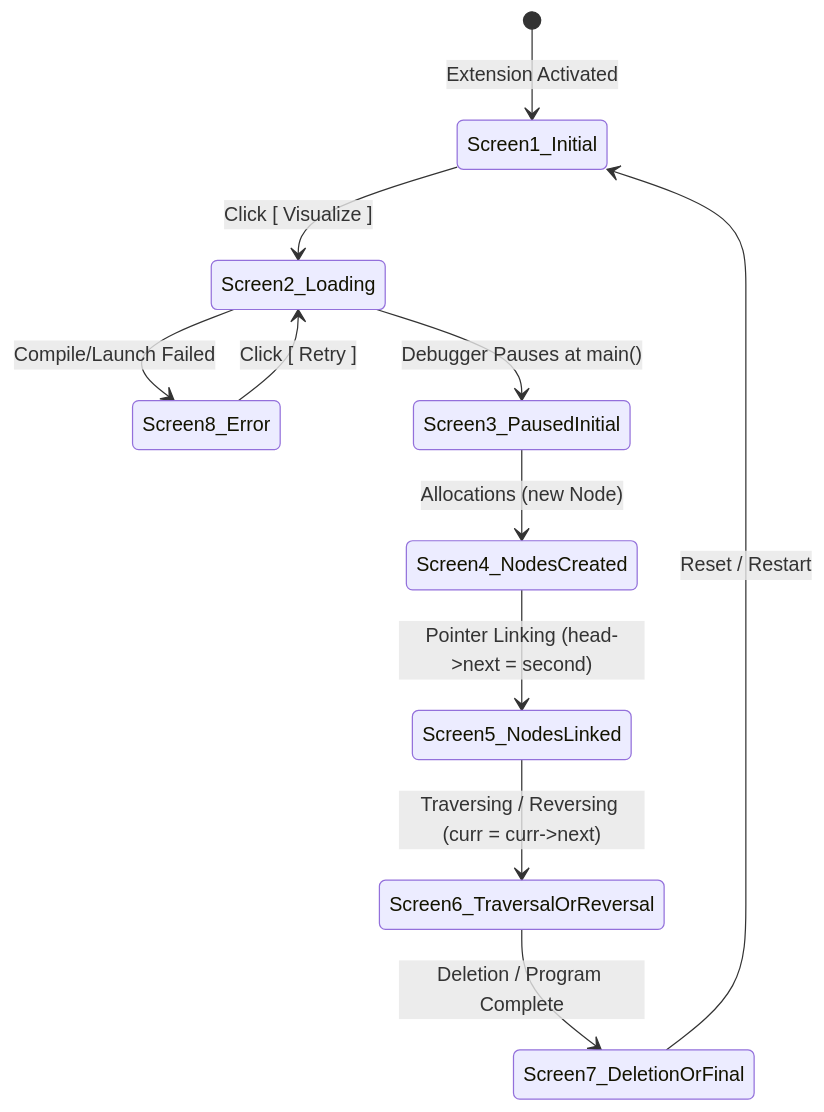
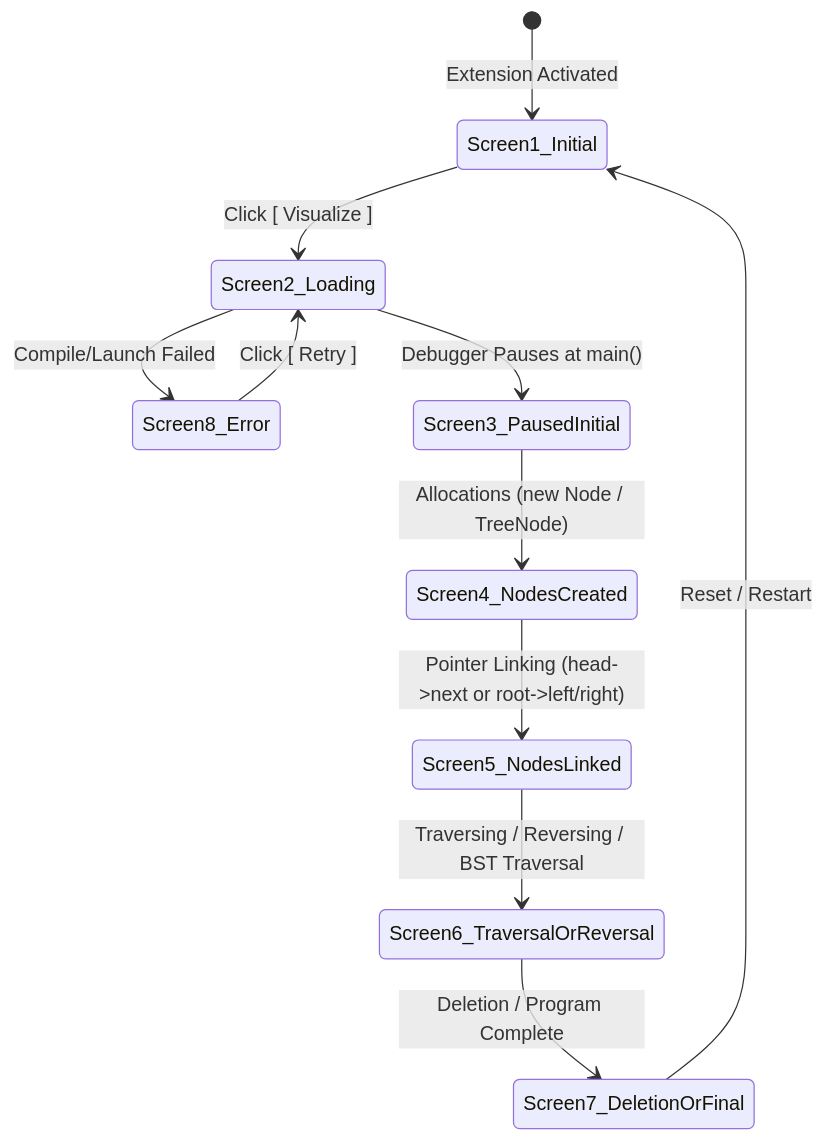
Before and after one commit to KingSahil/Simide: the second of 2 diagrams in docs/architecture.md, drawn with Mermaid. The commit also changed other lines of this file and 5 other files, not shown here.

Commit message:
docs: update architecture, components, data-flow, agent-guide, and README with BST and debugging improvements

````diff
--- a/docs/architecture.md
+++ b/docs/architecture.md
@@ -166,13 +195,13 @@
 ```mermaid
 stateDiagram-v2
     [*] --> Screen1_Initial: Extension Activated
     Screen1_Initial --> Screen2_Loading: Click [ Visualize ]
     Screen2_Loading --> Screen8_Error: Compile/Launch Failed
     Screen8_Error --> Screen2_Loading: Click [ Retry ]
     Screen2_Loading --> Screen3_PausedInitial: Debugger Pauses at main()
-    Screen3_PausedInitial --> Screen4_NodesCreated: Allocations (new Node)
-    Screen4_NodesCreated --> Screen5_NodesLinked: Pointer Linking (head->next = second)
-    Screen5_NodesLinked --> Screen6_TraversalOrReversal: Traversing / Reversing (curr = curr->next)
+    Screen3_PausedInitial --> Screen4_NodesCreated: Allocations (new Node / TreeNode)
+    Screen4_NodesCreated --> Screen5_NodesLinked: Pointer Linking (head->next or root->left/right)
+    Screen5_NodesLinked --> Screen6_TraversalOrReversal: Traversing / Reversing / BST Traversal
     Screen6_TraversalOrReversal --> Screen7_DeletionOrFinal: Deletion / Program Complete
     Screen7_DeletionOrFinal --> Screen1_Initial: Reset / Restart
 ```
````
